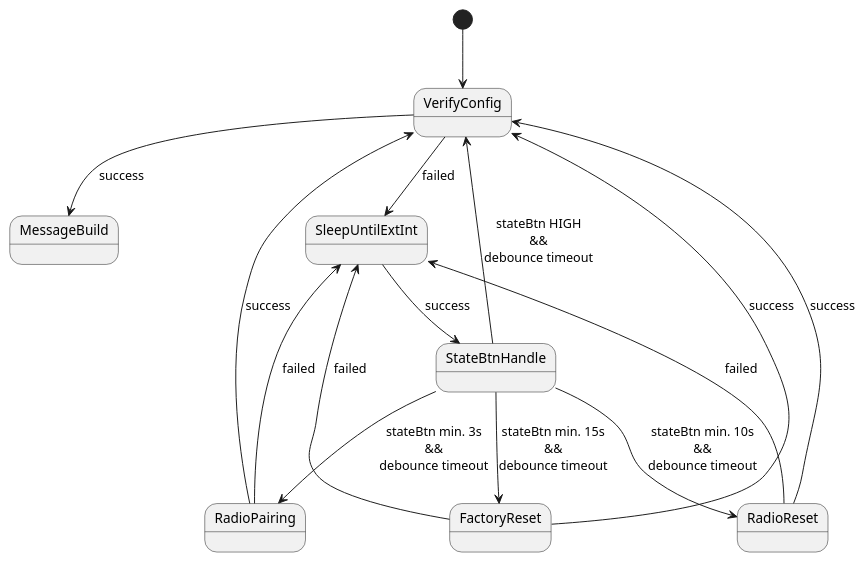
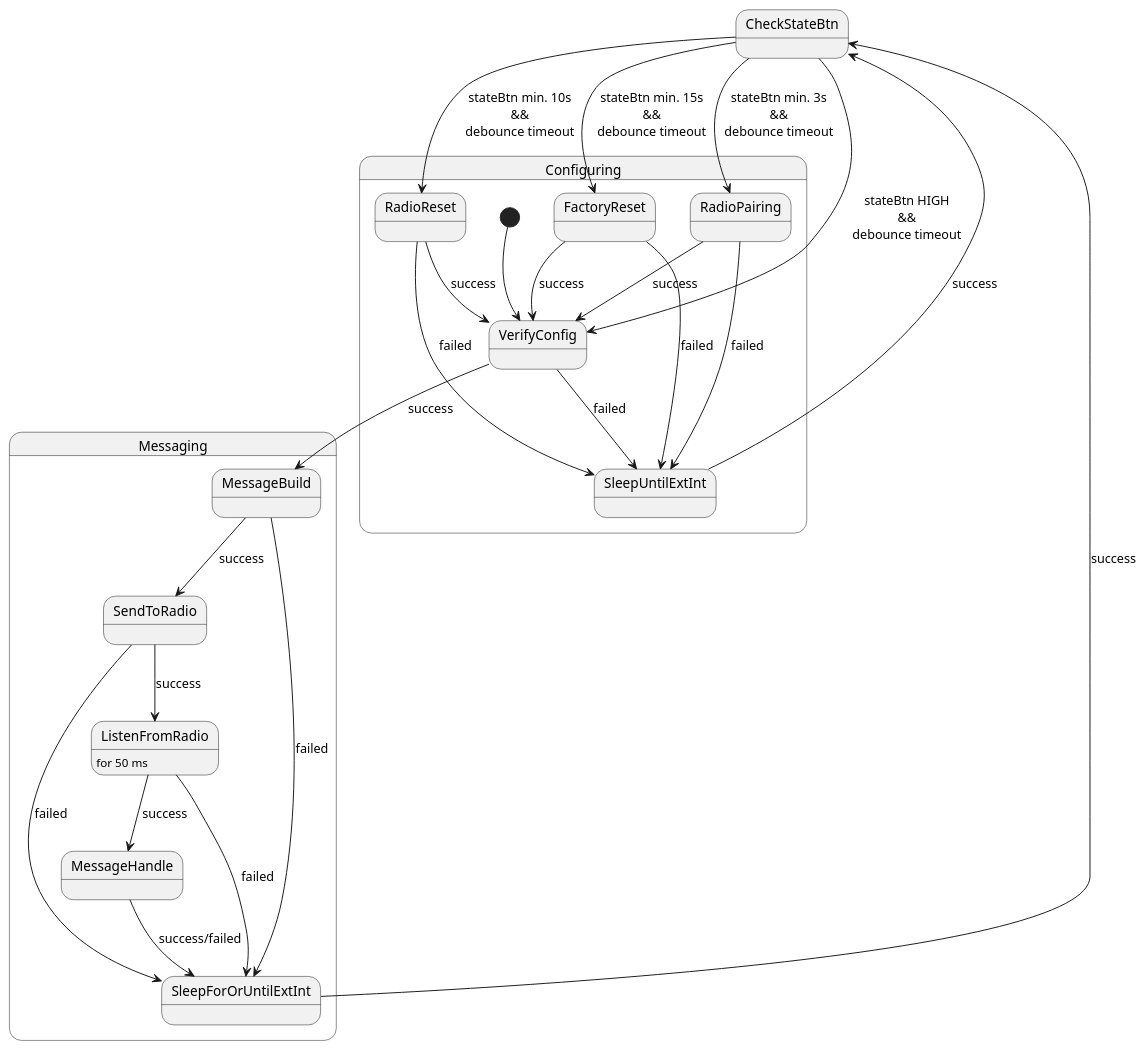
Before and after one commit to damiandrzewicz/iots-rf-core-lib: the sixth of 6 diagrams in docs/README.md, drawn with PlantUML. The commit also changed 2 other files, not shown here.

Commit message:
Add 'Messaging' parg of FSM

```diff
--- a/docs/README.md
+++ b/docs/README.md
@@ -189,17 +189,39 @@
 @startuml
-[*] --> VerifyConfig
-VerifyConfig --> MessageBuild : success
-VerifyConfig --> SleepUntilExtInt : failed
-SleepUntilExtInt --> StateBtnHandle : success
-StateBtnHandle --> VerifyConfig : stateBtn HIGH\n&&\ndebounce timeout
-StateBtnHandle --> RadioPairing : stateBtn min. 3s\n&&\ndebounce timeout
-RadioPairing --> VerifyConfig : success
-RadioPairing --> SleepUntilExtInt : failed
-StateBtnHandle --> RadioReset : stateBtn min. 10s\n&&\ndebounce timeout
-RadioReset --> VerifyConfig : success
-RadioReset --> SleepUntilExtInt : failed
-StateBtnHandle --> FactoryReset : stateBtn min. 15s\n&&\ndebounce timeout
-FactoryReset --> VerifyConfig : success
-FactoryReset --> SleepUntilExtInt : failed
+
+
+state Configuring {
+  [*] --> VerifyConfig
+  VerifyConfig --> SleepUntilExtInt : failed
+
+  RadioPairing --> VerifyConfig : success
+  RadioPairing --> SleepUntilExtInt : failed
+  
+  RadioReset --> VerifyConfig : success
+  RadioReset --> SleepUntilExtInt : failed
+  
+  FactoryReset --> VerifyConfig : success
+  FactoryReset --> SleepUntilExtInt : failed
+  
+}
+
+SleepUntilExtInt --> CheckStateBtn : success
+CheckStateBtn --> VerifyConfig : stateBtn HIGH\n&&\ndebounce timeout
+CheckStateBtn --> RadioPairing : stateBtn min. 3s\n&&\ndebounce timeout
+CheckStateBtn --> FactoryReset : stateBtn min. 15s\n&&\ndebounce timeout
+CheckStateBtn --> RadioReset : stateBtn min. 10s\n&&\ndebounce timeout
+
+state Messaging {
+  VerifyConfig --> MessageBuild : success
+  MessageBuild --> SendToRadio : success
+  MessageBuild --> SleepForOrUntilExtInt : failed
+  SendToRadio --> ListenFromRadio : success
+  ListenFromRadio : for 50 ms
+  SendToRadio --> SleepForOrUntilExtInt : failed
+  ListenFromRadio --> MessageHandle : success
+  ListenFromRadio --> SleepForOrUntilExtInt : failed
+  MessageHandle --> SleepForOrUntilExtInt : success/failed
+  SleepForOrUntilExtInt --> CheckStateBtn : success
+}
+
 
 @enduml
```
